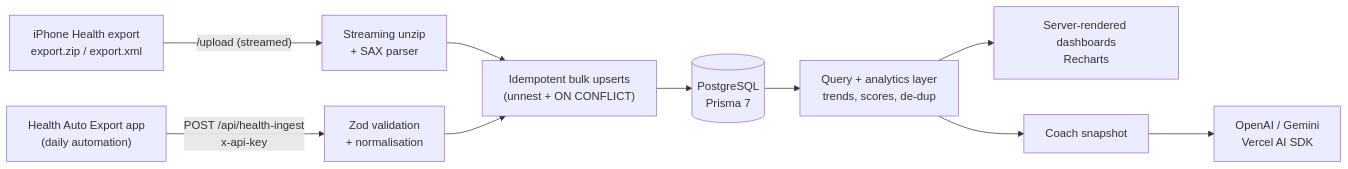
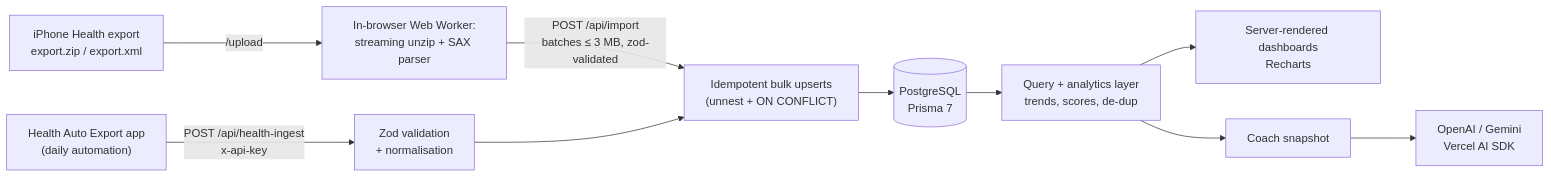
The diagram in README.md (2wito/EZ-Health), drawn with Mermaid before and after one commit. The commit also changed other lines of this file and 13 other files, not shown here.

First line of the commit message:
feat: parse Apple Health exports in the browser, upload in small batches

````diff
--- a/README.md
+++ b/README.md
@@ -60,11 +60,11 @@
 ```mermaid
 flowchart LR
-  A["iPhone Health export<br/>export.zip / export.xml"] -->|"/upload (streamed)"| P["Streaming unzip<br/>+ SAX parser"]
+  A["iPhone Health export<br/>export.zip / export.xml"] -->|"/upload"| P["In-browser Web Worker:<br/>streaming unzip + SAX parser"]
   B["Health Auto Export app<br/>(daily automation)"] -->|"POST /api/health-ingest<br/>x-api-key"| Z["Zod validation<br/>+ normalisation"]
-  P --> S["Idempotent bulk upserts<br/>(unnest + ON CONFLICT)"]
+  P -->|"POST /api/import<br/>batches ≤ 3 MB, zod-validated"| S["Idempotent bulk upserts<br/>(unnest + ON CONFLICT)"]
   Z --> S
   S --> DB[("PostgreSQL<br/>Prisma 7")]
   DB --> Q["Query + analytics layer<br/>trends, scores, de-dup"]
   Q --> UI["Server-rendered dashboards<br/>Recharts"]
   Q --> C["Coach snapshot"] --> LLM["OpenAI / Gemini<br/>Vercel AI SDK"]
 ```
````
